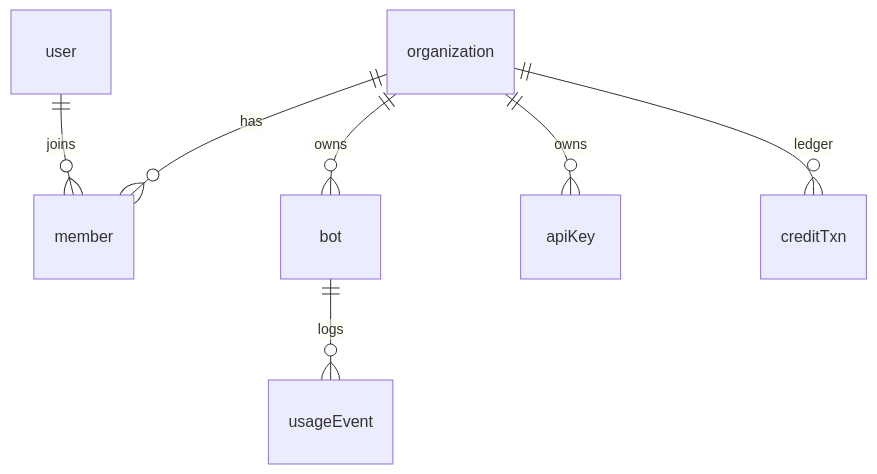
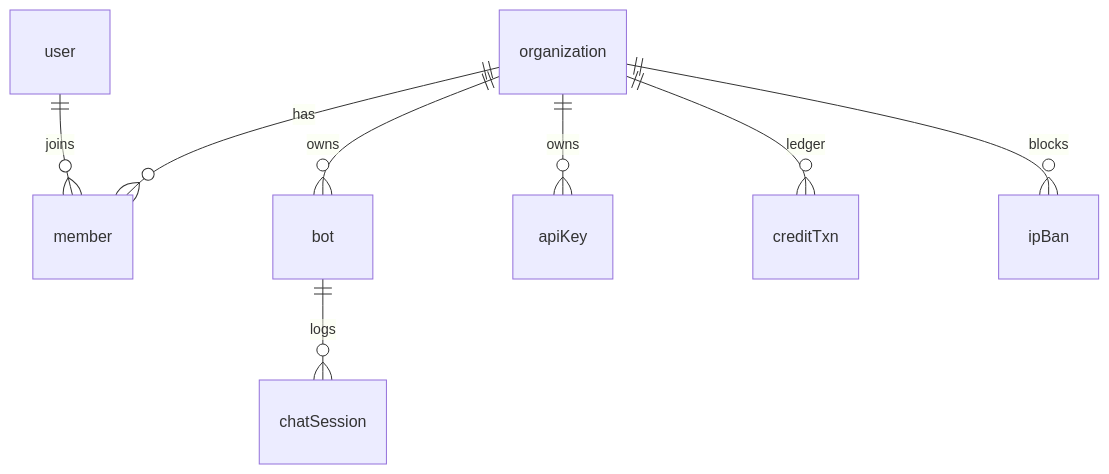
The third of 3 diagrams in ARCHITECTURE.md (louis2688/chatlayer), drawn with Mermaid before and after one commit. The commit also changed other lines of this file and 13 other files, not shown here.

````diff
--- a/ARCHITECTURE.md
+++ b/ARCHITECTURE.md
@@ -180,9 +183,10 @@
 ```mermaid
 erDiagram
   organization ||--o{ member : has
   organization ||--o{ bot : owns
   organization ||--o{ apiKey : owns
   organization ||--o{ creditTxn : ledger
   user ||--o{ member : joins
-  bot ||--o{ usageEvent : logs
+  organization ||--o{ ipBan : blocks
+  bot ||--o{ chatSession : logs
 ```
````
